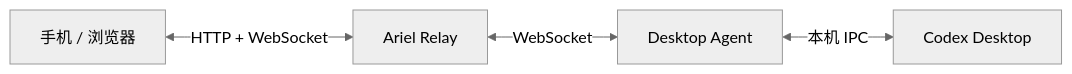
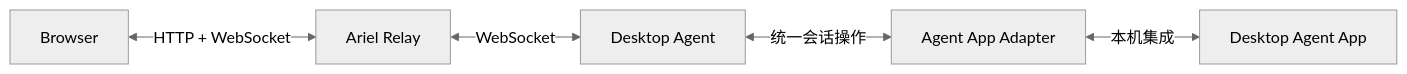
Before and after one commit to wu8685/Ariel: the diagram in README.md, drawn with Mermaid (neutral theme). The commit also changed other lines of this file and 12 other files, not shown here.

Commit message:
docs: broaden Ariel agent app positioning

````diff
--- a/README.md
+++ b/README.md
@@ -17,6 +17,7 @@
 ```mermaid
 flowchart LR
-  Browser["手机 / 浏览器"] <-->|HTTP + WebSocket| Relay["Ariel Relay"]
+  Browser["Browser"] <-->|HTTP + WebSocket| Relay["Ariel Relay"]
   Relay <-->|WebSocket| Agent["Desktop Agent"]
-  Agent <-->|本机 IPC| Codex["Codex Desktop"]
+  Agent <-->|统一会话操作| Adapter["Agent App Adapter"]
+  Adapter <-->|本机集成| App["Desktop Agent App"]
 ```
````
